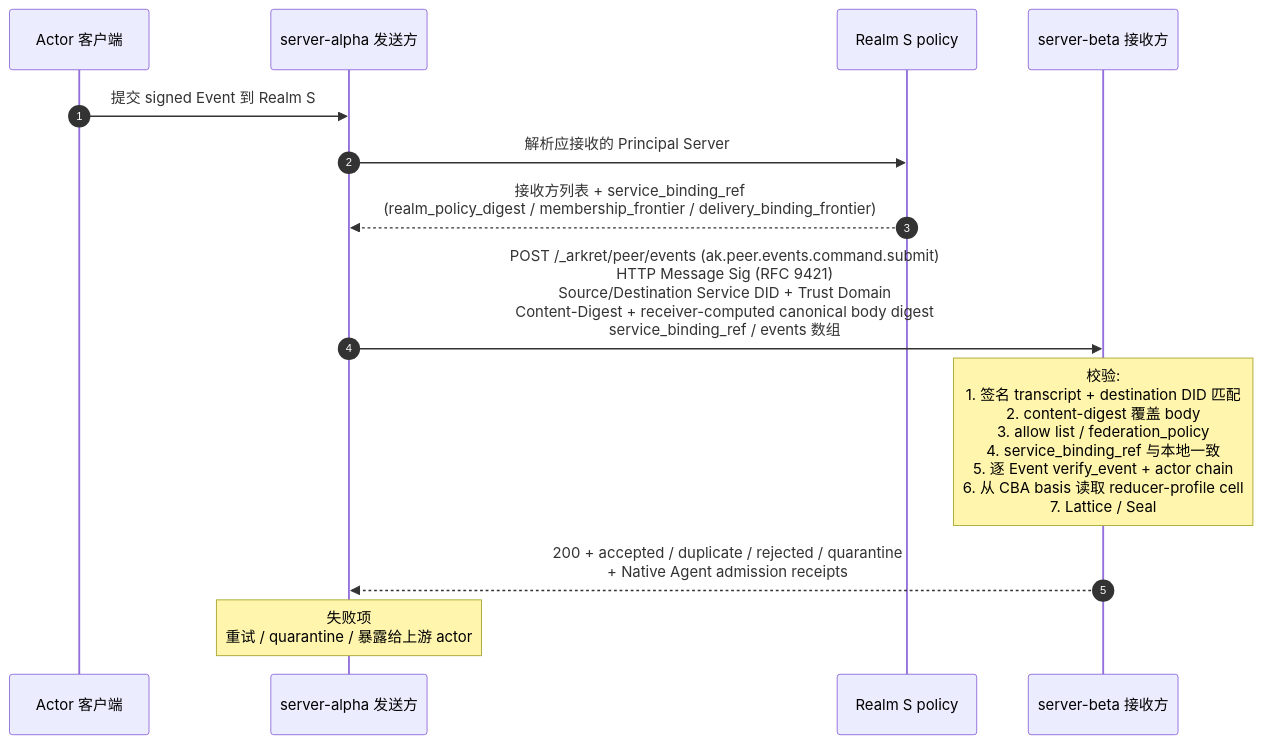
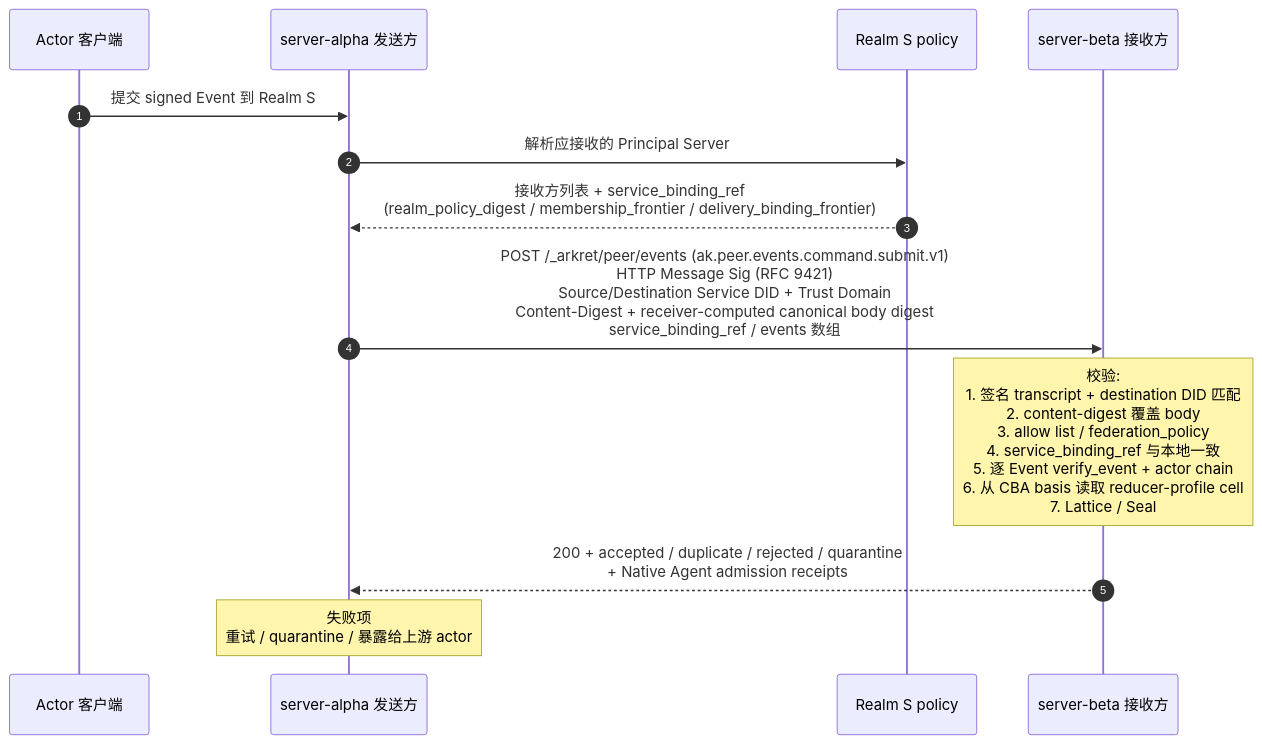
The diagram in spec/v1/zh/sync/federation.md (arkret-org/arkret-spec), drawn with Mermaid before and after one commit. The commit also changed other lines of this file and 188 other files, not shown here.

````diff
--- a/spec/v1/zh/sync/federation.md
+++ b/spec/v1/zh/sync/federation.md
@@ -324,16 +324,16 @@
 ```mermaid
 sequenceDiagram
     autonumber
     participant Cli as Actor 客户端
     participant Alpha as server-alpha 发送方
     participant Pol as Realm S policy
     participant Beta as server-beta 接收方
 
     Cli->>Alpha: 提交 signed Event 到 Realm S
     Alpha->>Pol: 解析应接收的 Principal Server
     Pol-->>Alpha: 接收方列表 + service_binding_ref<br>(realm_policy_digest / membership_frontier / delivery_binding_frontier)
-    Alpha->>Beta: POST /_arkret/peer/events (ak.peer.events.command.submit)<br>HTTP Message Sig (RFC 9421)<br>Source/Destination Service DID + Trust Domain<br>Content-Digest + receiver-computed canonical body digest<br>service_binding_ref / events 数组
+    Alpha->>Beta: POST /_arkret/peer/events (ak.peer.events.command.submit.v1)<br>HTTP Message Sig (RFC 9421)<br>Source/Destination Service DID + Trust Domain<br>Content-Digest + receiver-computed canonical body digest<br>service_binding_ref / events 数组
     note over Beta: 校验:<br>1. 签名 transcript + destination DID 匹配<br>2. content-digest 覆盖 body<br>3. allow list / federation_policy<br>4. service_binding_ref 与本地一致<br>5. 逐 Event verify_event + actor chain<br>6. 从 CBA basis 读取 reducer-profile cell<br>7. Lattice / Seal
     Beta-->>Alpha: 200 + accepted / duplicate / rejected / quarantine<br>+ Native Agent admission receipts
     note over Alpha: 失败项<br>重试 / quarantine / 暴露给上游 actor
 ```
````
